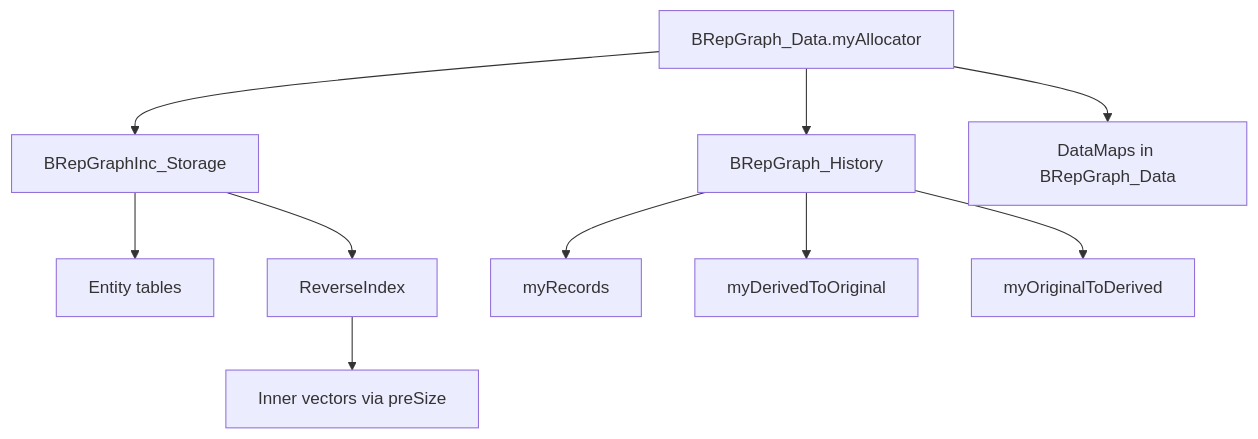
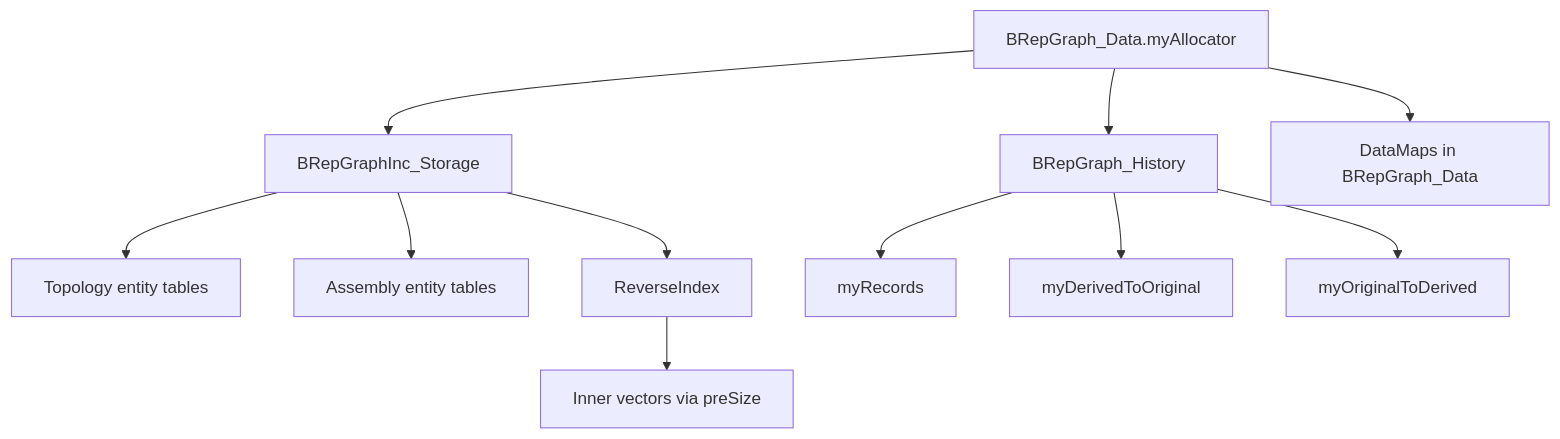
The sixth of 6 diagrams in src/ModelingData/TKBRep/BRepGraphInc/ARCHITECTURE.md (Open-Cascade-SAS/OCCT), drawn with Mermaid before and after one commit. The commit also changed other lines of this file and 27 other files, not shown here.

````diff
--- a/src/ModelingData/TKBRep/BRepGraphInc/ARCHITECTURE.md
+++ b/src/ModelingData/TKBRep/BRepGraphInc/ARCHITECTURE.md
@@ -140,12 +161,13 @@
 ```mermaid
 flowchart TD
   A[BRepGraph_Data.myAllocator] --> S[BRepGraphInc_Storage]
   A --> H[BRepGraph_History]
   A --> DM[DataMaps in BRepGraph_Data]
-  S --> E[Entity tables]
+  S --> E[Topology entity tables]
+  S --> AS[Assembly entity tables]
   S --> RI[ReverseIndex]
   RI --> IV[Inner vectors via preSize]
   H --> R[myRecords]
   H --> D2O[myDerivedToOriginal]
   H --> O2D[myOriginalToDerived]
 ```
````
